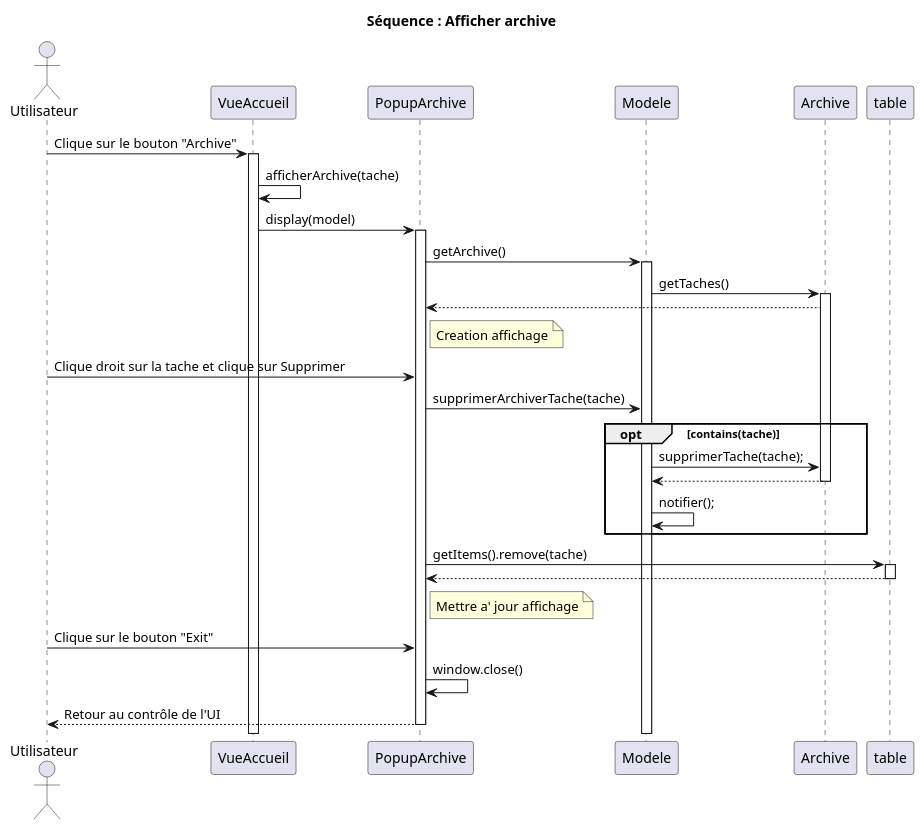
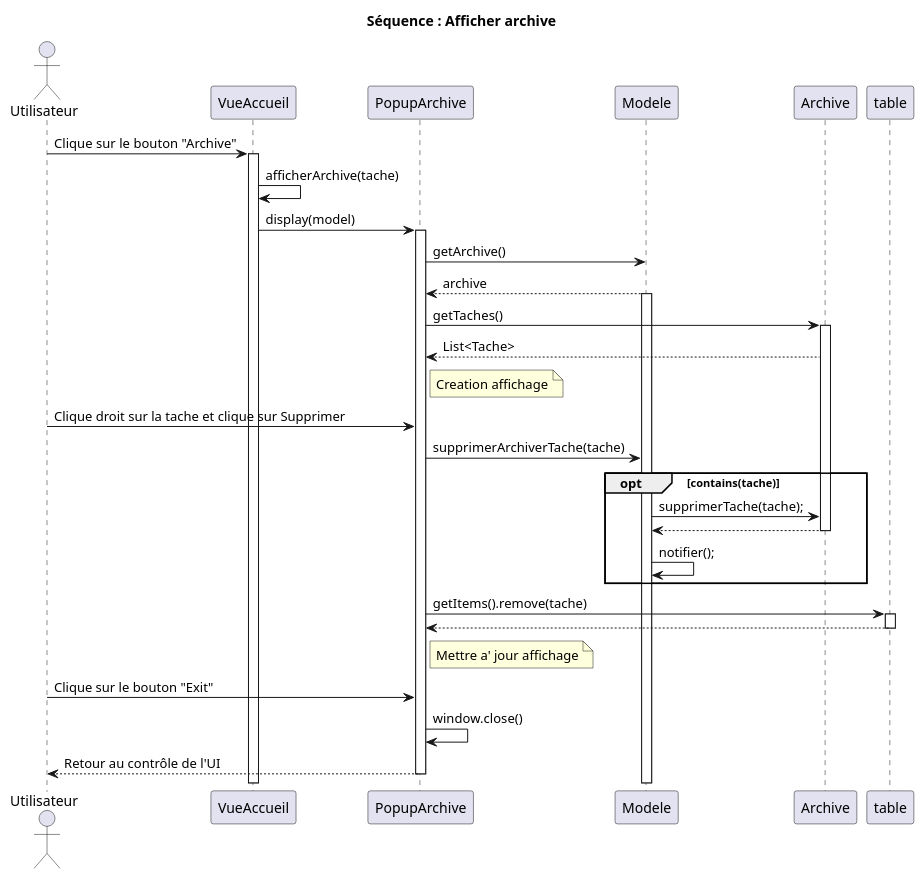
The diagram in Ollert_QDEV/diagrammes/Iteration4/DiagrammeSequenceVueListe(supprimer_tache_archiver).puml (AlexanderCARNET/SAE_3_01_dev_application), drawn with PlantUML before and after one commit.

Commit message:
[fix] correction DiagrammeSequenceVueListe(supprimer_tache_archiver).puml

```diff
--- a/Ollert_QDEV/diagrammes/Iteration4/DiagrammeSequenceVueListe(supprimer_tache_archiver).puml
+++ b/Ollert_QDEV/diagrammes/Iteration4/DiagrammeSequenceVueListe(supprimer_tache_archiver).puml
@@ -1,47 +1,48 @@
 @startuml
 
 actor "Utilisateur" as User
 participant "VueAccueil" as V
 participant "PopupArchive" as P
 participant "Modele" as M
 participant "Archive" as A
 
 title Séquence : Afficher archive
 
 User -> V : Clique sur le bouton "Archive"
 activate V
 
 V -> V : afficherArchive(tache)
 
 V -> P : display(model)
 activate P
 
 P -> M : getArchive()
+M --> P : archive
 activate M
-M -> A : getTaches()
+P -> A : getTaches()
 activate A
-A --> P
+A --> P : List<Tache>
 Note right of P : Creation affichage
 
 User -> P : Clique droit sur la tache et clique sur Supprimer
 P -> M : supprimerArchiverTache(tache)
 
 opt contains(tache)
     M -> A : supprimerTache(tache);
     A --> M
     deactivate A
     M -> M : notifier();
 end
 
 P -> table : getItems().remove(tache)
 activate table
 table --> P
 deactivate table
 Note right of P : Mettre a' jour affichage
 
 User -> P : Clique sur le bouton "Exit"
 P -> P : window.close()
 P --> User : Retour au contrôle de l'UI
 deactivate P
 
 @enduml
```
